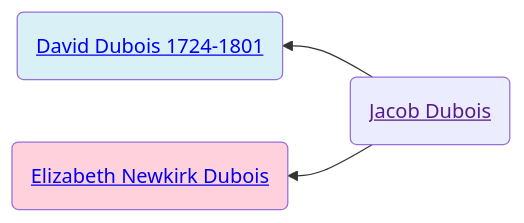
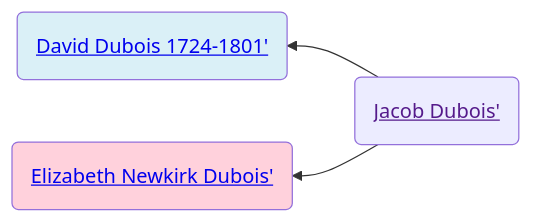
The diagram in familyhistory/sources/people/Henderson-line/Dubois-line/Jacob_Dubois.qmd (neelsmith/avocational), drawn with Mermaid before and after one commit. The commit also changed other lines of this file and 102 other files, not shown here.

````diff
--- a/familyhistory/sources/people/Henderson-line/Dubois-line/Jacob_Dubois.qmd
+++ b/familyhistory/sources/people/Henderson-line/Dubois-line/Jacob_Dubois.qmd
@@ -19,12 +19,12 @@
 ```{mermaid}
 graph RL
 %% RL ancestor diagram
-Jacob_Dubois(<a href=''>Jacob Dubois</>) -->  David_Dubois_1724-1801(<a href='./David_Dubois_1724-1801.html'>David Dubois 1724-1801</>)
+Jacob_Dubois(<a href=''>Jacob Dubois'</>) -->  David_Dubois_1724-1801(<a href='./David_Dubois_1724-1801.html'>David Dubois 1724-1801'</>)
 class David_Dubois_1724-1801 father
-Jacob_Dubois(<a href=''>Jacob Dubois</>)  --> Elizabeth_Newkirk_Dubois(<a href='./Elizabeth_Newkirk_Dubois.html'>Elizabeth Newkirk Dubois</>)
+Jacob_Dubois(<a href=''>Jacob Dubois'</>)  --> Elizabeth_Newkirk_Dubois(<a href='./Elizabeth_Newkirk_Dubois.html'>Elizabeth Newkirk Dubois'</>)
 class Elizabeth_Newkirk_Dubois mother
 classDef mother fill:#ffd1dc
 classDef father fill:#daf0f7  
 classDef marriage fill:#ffffff
 
 ```
````
